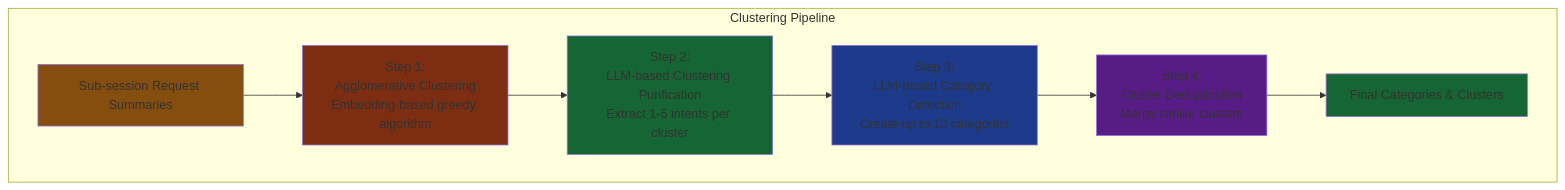
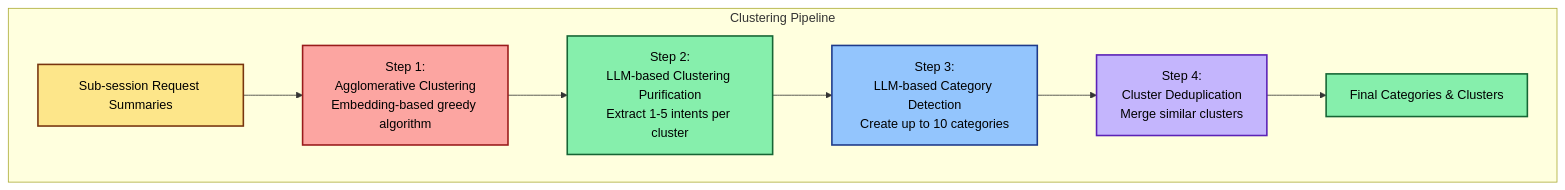
The fourth of 4 diagrams in agentforce/observability/README_Agentforce_Observability_Pipeline_Implementation.md (arupsarkar-sfdc/Misc), drawn with Mermaid before and after one commit. The commit also changed other lines of this file and 2 other files, not shown here.

````diff
--- a/agentforce/observability/README_Agentforce_Observability_Pipeline_Implementation.md
+++ b/agentforce/observability/README_Agentforce_Observability_Pipeline_Implementation.md
@@ -843,29 +843,29 @@
 ```mermaid
 graph TB
     subgraph "Clustering Pipeline"
         INPUT[Sub-session Request Summaries]
         
         STEP1[Step 1:<br/>Agglomerative Clustering<br/>Embedding-based greedy algorithm]
         
         STEP2[Step 2:<br/>LLM-based Clustering Purification<br/>Extract 1-5 intents per cluster]
         
         STEP3[Step 3:<br/>LLM-based Category Detection<br/>Create up to 10 categories]
         
         STEP4[Step 4:<br/>Cluster Deduplication<br/>Merge similar clusters]
         
         OUTPUT[Final Categories & Clusters]
     end
     
     INPUT --> STEP1
     STEP1 --> STEP2
     STEP2 --> STEP3
     STEP3 --> STEP4
     STEP4 --> OUTPUT
     
-    style INPUT fill:#854d0e
-    style STEP1 fill:#7c2d12
-    style STEP2 fill:#166534
-    style STEP3 fill:#1e3a8a
-    style STEP4 fill:#581c87
-    style OUTPUT fill:#166534
+    style INPUT fill:#fde68a,stroke:#78350f,stroke-width:2px,color:#000
+    style STEP1 fill:#fca5a1,stroke:#991b1b,stroke-width:2px,color:#000
+    style STEP2 fill:#86efac,stroke:#166534,stroke-width:2px,color:#000
+    style STEP3 fill:#93c5fd,stroke:#1e3a8a,stroke-width:2px,color:#000
+    style STEP4 fill:#c4b5fd,stroke:#5b21b6,stroke-width:2px,color:#000
+    style OUTPUT fill:#86efac,stroke:#166534,stroke-width:2px,color:#000
 ```
````
